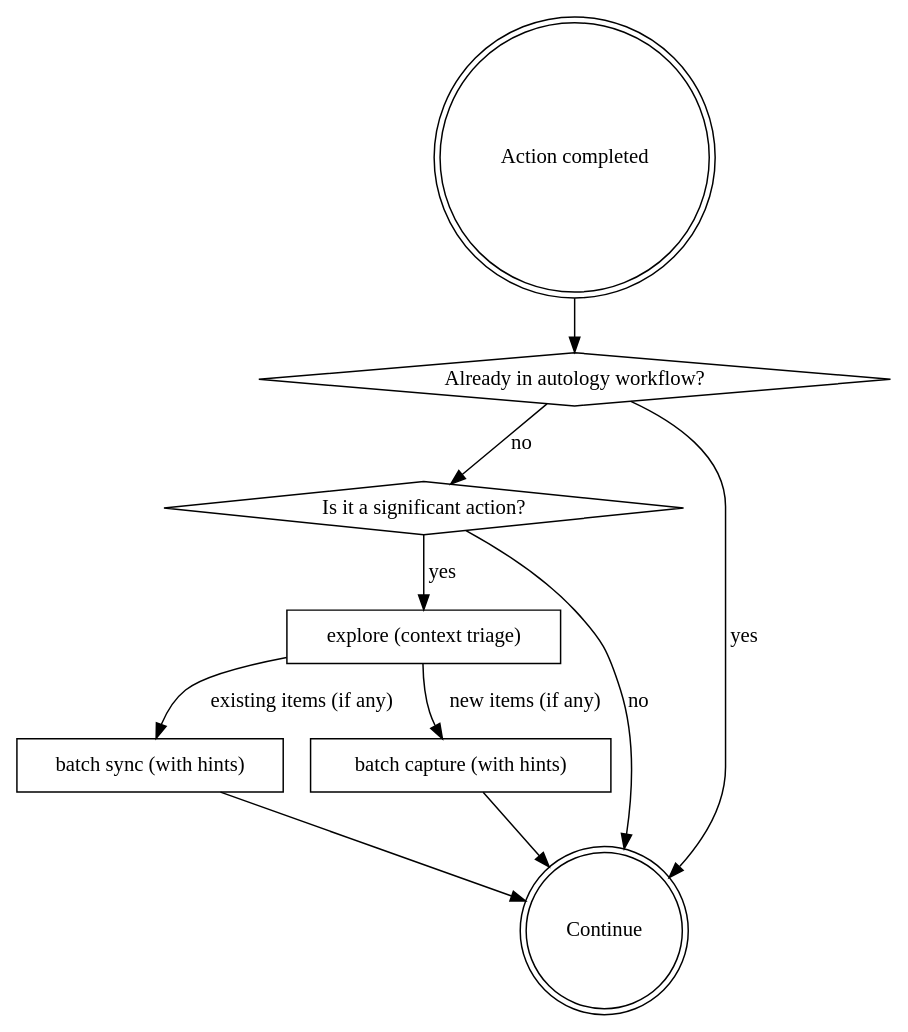
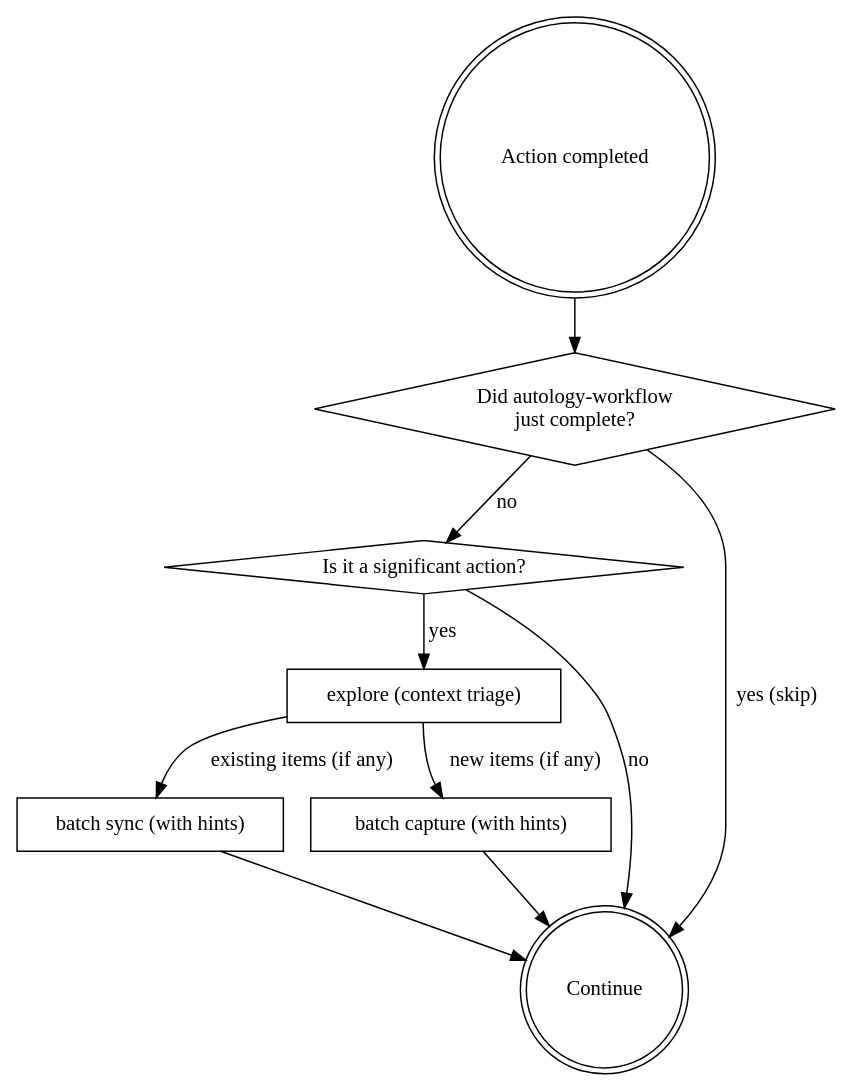
Before and after one commit to Curt-Park/autology: the diagram in skills/autology-workflow/SKILL.md, drawn with Graphviz. The commit also changed other lines of this file, not shown here.

Commit message:
fix(autology-workflow): reentry guard checks completed action, not current state
Replace "Already in autology workflow?" (state-based) with
"Did autology-workflow just complete?" (event-based).

The guard looks backward at the completed action's source rather than
tracking runtime execution state. Workflow completions (explore, sync,
capture, docs writes) are skipped because the completed action was
autology-workflow itself — not because of any in-flight state.

````diff
--- a/skills/autology-workflow/SKILL.md
+++ b/skills/autology-workflow/SKILL.md
@@ -42,21 +42,21 @@
 ```dot
 digraph router {
   "Action completed" [shape=doublecircle];
-  "Already in autology workflow?" [shape=diamond];
+  "Did autology-workflow\njust complete?" [shape=diamond];
   "Is it a significant action?" [shape=diamond];
   "explore (context triage)" [shape=box];
   "batch sync (with hints)" [shape=box];
   "batch capture (with hints)" [shape=box];
   "Continue" [shape=doublecircle];
 
-  "Action completed" -> "Already in autology workflow?";
-  "Already in autology workflow?" -> "Continue" [label="yes"];
-  "Already in autology workflow?" -> "Is it a significant action?" [label="no"];
+  "Action completed" -> "Did autology-workflow\njust complete?";
+  "Did autology-workflow\njust complete?" -> "Continue" [label="yes (skip)"];
+  "Did autology-workflow\njust complete?" -> "Is it a significant action?" [label="no"];
   "Is it a significant action?" -> "explore (context triage)" [label="yes"];
   "Is it a significant action?" -> "Continue" [label="no"];
   "explore (context triage)" -> "batch sync (with hints)" [label="existing items (if any)"];
   "explore (context triage)" -> "batch capture (with hints)" [label="new items (if any)"];
   "batch sync (with hints)" -> "Continue";
   "batch capture (with hints)" -> "Continue";
 }
 ```
````
